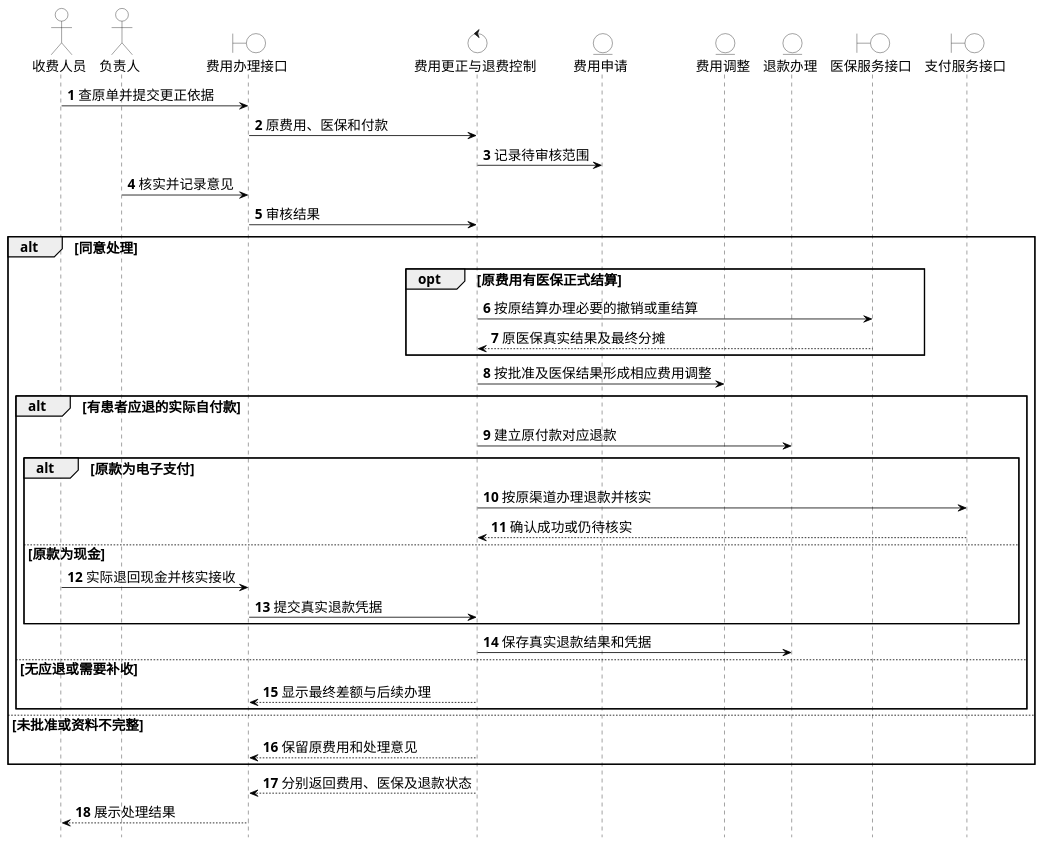
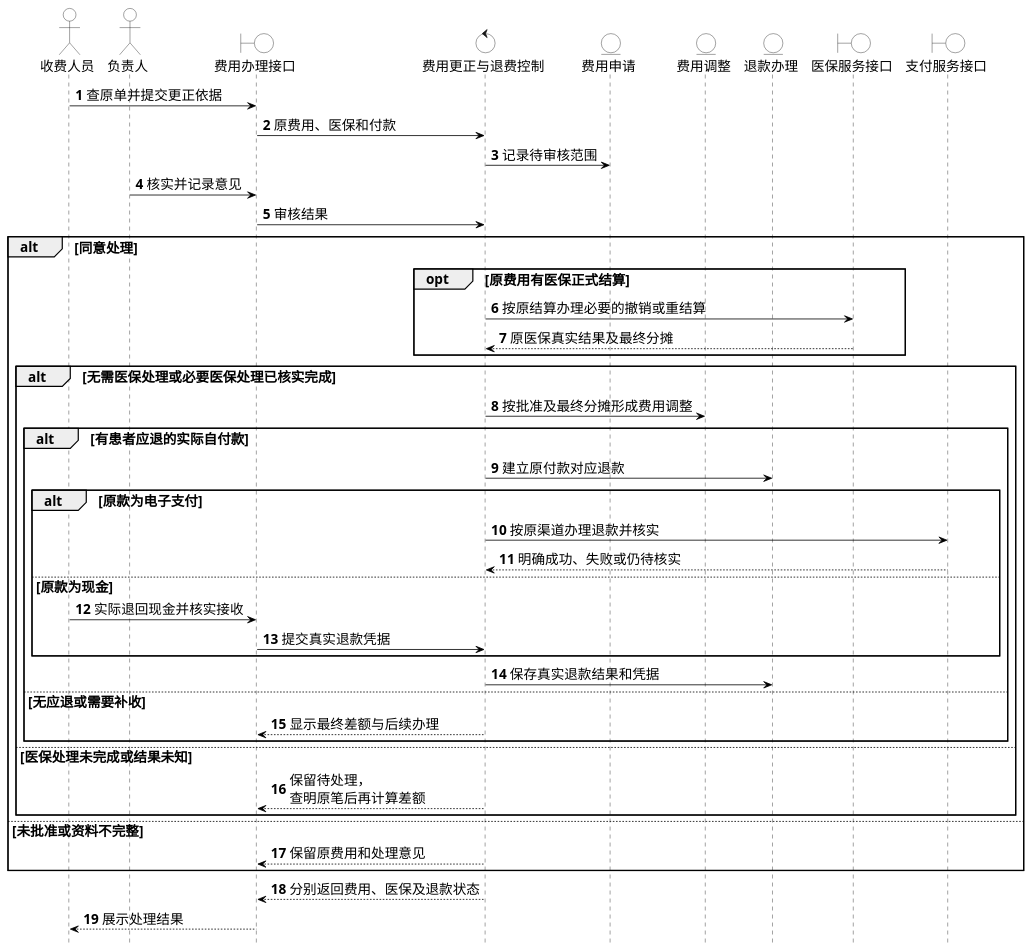
One commit to Shawmc-creator/systemAnalyseAndDesign changed the diagram in 01-需求文档/diagrams/integrated-20261019/analysis-seq-14.puml. Above: the diagram before and after it, drawn with PlantUML. The commit also changed 53 other files, not shown here.

```diff
--- a/01-需求文档/diagrams/integrated-20261019/analysis-seq-14.puml
+++ b/01-需求文档/diagrams/integrated-20261019/analysis-seq-14.puml
@@ -1,59 +1,63 @@
 @startuml
 skinparam backgroundColor white
 skinparam shadowing false
 skinparam defaultFontName SimSun
 skinparam defaultFontSize 17
 skinparam ArrowColor black
 skinparam ClassBackgroundColor white
 skinparam ActorBackgroundColor white
 skinparam BoundaryBackgroundColor white
 skinparam ControlBackgroundColor white
 skinparam EntityBackgroundColor white
 skinparam NoteBackgroundColor white
 skinparam NoteBorderColor black
 skinparam classAttributeIconSize 0
 skinparam nodesep 24
 skinparam ranksep 34
 hide footbox
 autonumber
 skinparam maxMessageSize 145
 actor "收费人员" as A
 actor "负责人" as M
 boundary "费用办理接口" as B
 control "费用更正与退费控制" as C
 entity "费用申请" as F
 entity "费用调整" as J
 entity "退款办理" as R
 boundary "医保服务接口" as IE
 boundary "支付服务接口" as PE
 A -> B : 查原单并提交更正依据
 B -> C : 原费用、医保和付款
 C -> F : 记录待审核范围
 M -> B : 核实并记录意见
 B -> C : 审核结果
 alt 同意处理
  opt 原费用有医保正式结算
   C -> IE : 按原结算办理必要的撤销或重结算
   IE --> C : 原医保真实结果及最终分摊
  end
- C -> J : 按批准及医保结果形成相应费用调整
- alt 有患者应退的实际自付款
-  C -> R : 建立原付款对应退款
-  alt 原款为电子支付
-   C -> PE : 按原渠道办理退款并核实
-   PE --> C : 确认成功或仍待核实
-  else 原款为现金
-   A -> B : 实际退回现金并核实接收
-   B -> C : 提交真实退款凭据
+ alt 无需医保处理或必要医保处理已核实完成
+  C -> J : 按批准及最终分摊形成费用调整
+  alt 有患者应退的实际自付款
+   C -> R : 建立原付款对应退款
+   alt 原款为电子支付
+    C -> PE : 按原渠道办理退款并核实
+    PE --> C : 明确成功、失败或仍待核实
+   else 原款为现金
+    A -> B : 实际退回现金并核实接收
+    B -> C : 提交真实退款凭据
+   end
+   C -> R : 保存真实退款结果和凭据
+  else 无应退或需要补收
+   C --> B : 显示最终差额与后续办理
   end
-  C -> R : 保存真实退款结果和凭据
- else 无应退或需要补收
-  C --> B : 显示最终差额与后续办理
+ else 医保处理未完成或结果未知
+  C --> B : 保留待处理，查明原笔后再计算差额
  end
 else 未批准或资料不完整
  C --> B : 保留原费用和处理意见
 end
 C --> B : 分别返回费用、医保及退款状态
 B --> A : 展示处理结果
 
 @enduml
```
